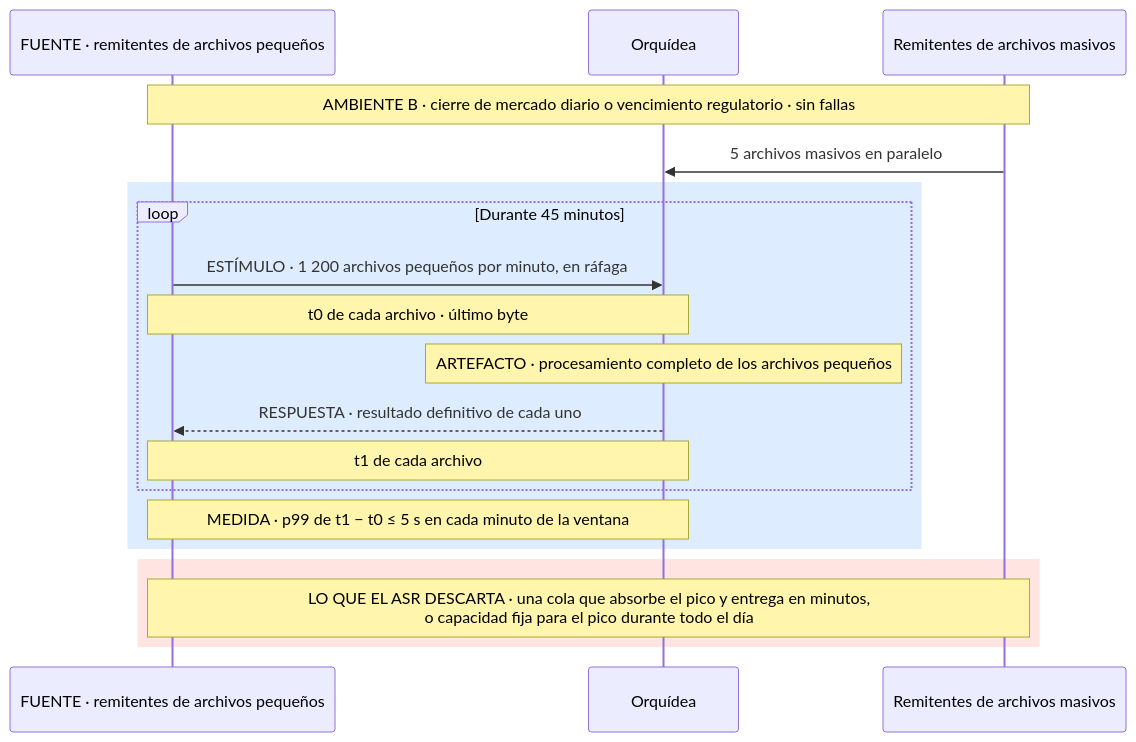
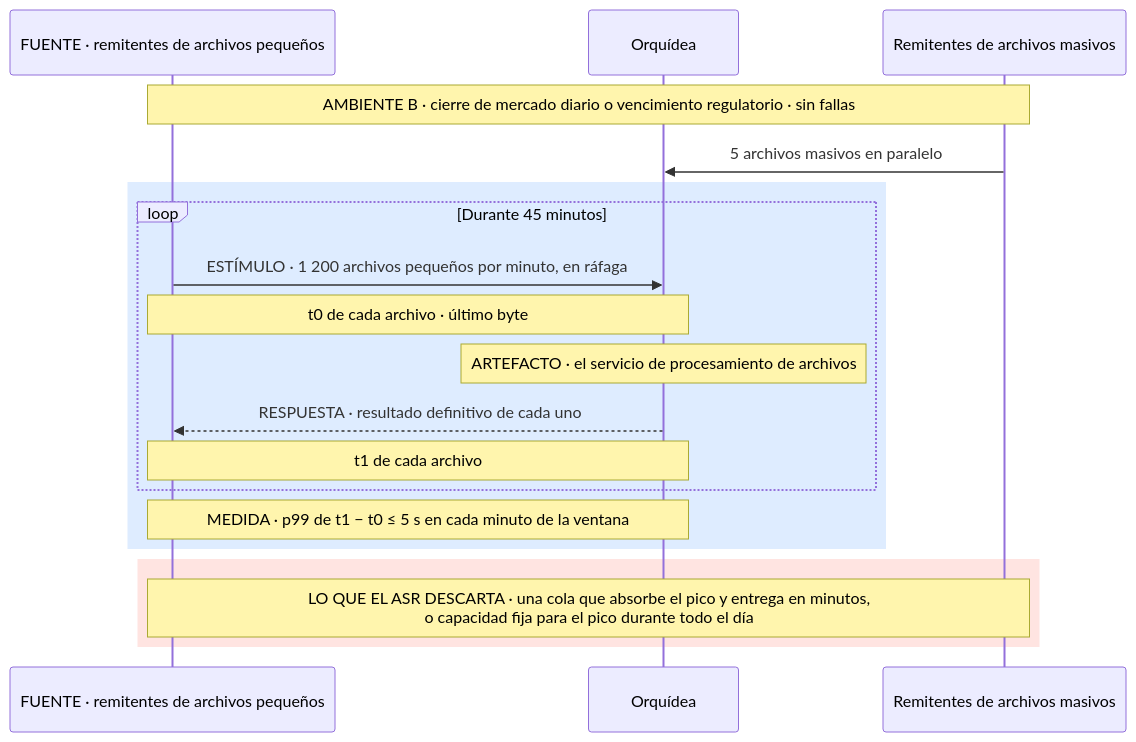
One commit to MATI-MBIT/arqsoft-reto-4 changed the sixth of 17 diagrams in docs/quality-attributes.md. Above: the diagram before and after it, drawn with Mermaid. The commit also changed other lines of this file and 3 other files, not shown here.

````diff
--- a/docs/quality-attributes.md
+++ b/docs/quality-attributes.md
@@ -362,21 +362,21 @@
 ```mermaid
 sequenceDiagram
     participant R as FUENTE · remitentes de archivos pequeños
     participant O as Orquídea
     participant M as Remitentes de archivos masivos
     Note over R,M: AMBIENTE B · cierre de mercado diario o vencimiento regulatorio · sin fallas
     M->>O: 5 archivos masivos en paralelo
     rect rgb(222, 236, 255)
     loop Durante 45 minutos
         R->>O: ESTÍMULO · 1 200 archivos pequeños por minuto, en ráfaga
         Note over R,O: t0 de cada archivo · último byte
-        Note over O: ARTEFACTO · procesamiento completo de los archivos pequeños
+        Note over O: ARTEFACTO · el servicio de procesamiento de archivos
         O-->>R: RESPUESTA · resultado definitivo de cada uno
         Note over R,O: t1 de cada archivo
     end
     Note over R,O: MEDIDA · p99 de t1 − t0 ≤ 5 s en cada minuto de la ventana
     end
     rect rgb(255, 228, 225)
     Note over R,M: LO QUE EL ASR DESCARTA · una cola que absorbe el pico y entrega en minutos,<br/>o capacidad fija para el pico durante todo el día
     end
 ```
````
